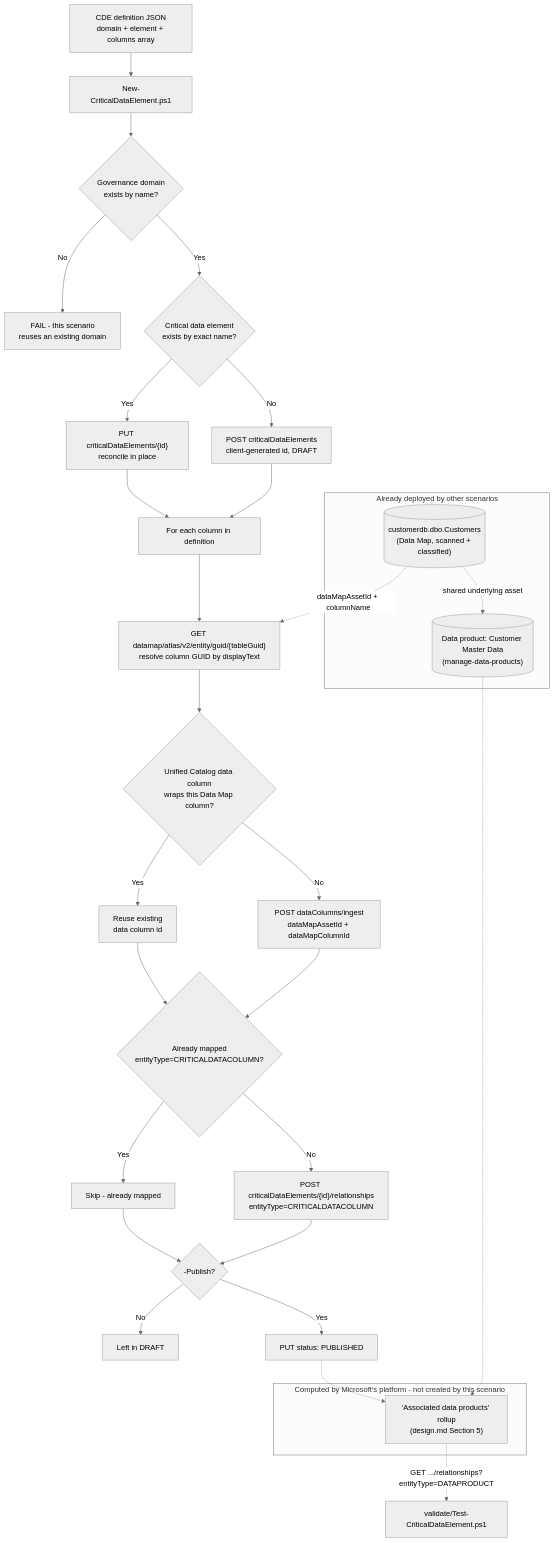
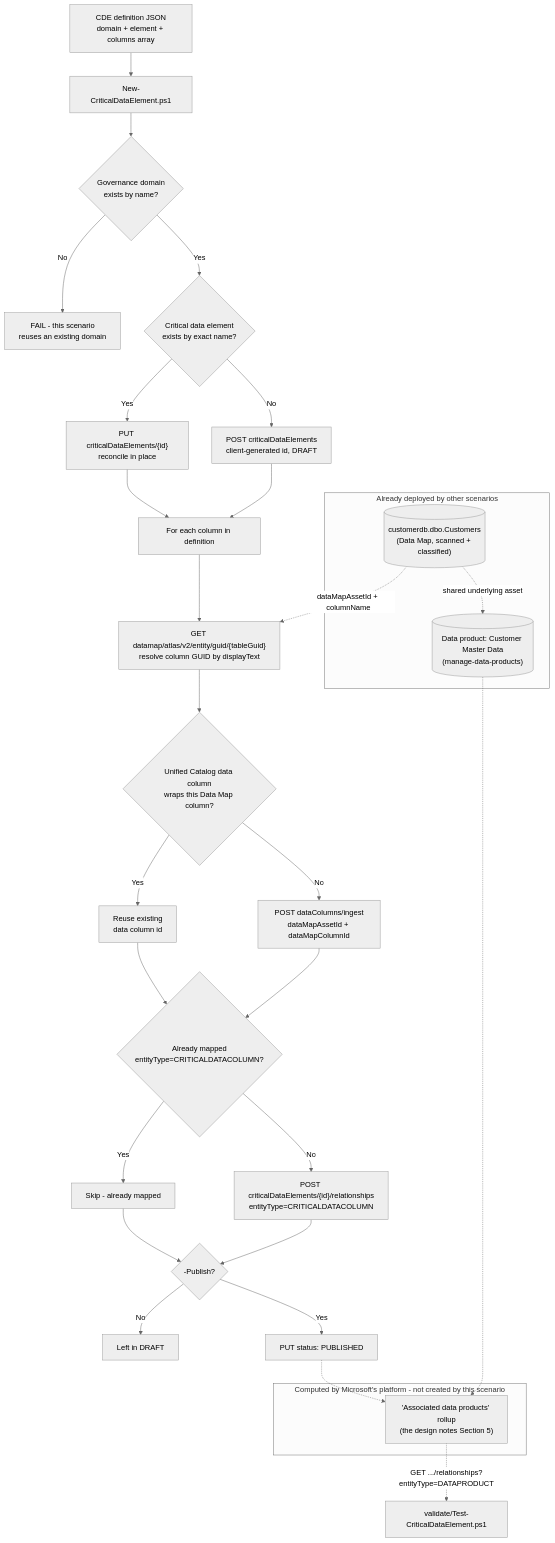
The diagram in src/content/scenarios/unified-catalog/manage-critical-data-elements.md (kpsec1/kpsec1.github.io), drawn with Mermaid (neutral theme) before and after one commit. The commit also changed 269 other files, not shown here.

````diff
--- a/src/content/scenarios/unified-catalog/manage-critical-data-elements.md
+++ b/src/content/scenarios/unified-catalog/manage-critical-data-elements.md
@@ -59,37 +59,37 @@
 ```mermaid
 flowchart TD
     A[CDE definition JSON<br/>domain + element + columns array] --> B[New-CriticalDataElement.ps1]
     B --> C{Governance domain<br/>exists by name?}
     C -- No --> X[FAIL - this scenario<br/>reuses an existing domain]
     C -- Yes --> D{Critical data element<br/>exists by exact name?}
     D -- No --> E["POST criticalDataElements<br/>client-generated id, DRAFT"]
     D -- Yes --> F["PUT criticalDataElements/{id}<br/>reconcile in place"]
     E --> G
     F --> G[For each column in definition]
     G --> H["GET datamap/atlas/v2/entity/guid/{tableGuid}<br/>resolve column GUID by displayText"]
     H --> I{Unified Catalog data column<br/>wraps this Data Map column?}
     I -- No --> J["POST dataColumns/ingest<br/>dataMapAssetId + dataMapColumnId"]
     I -- Yes --> K[Reuse existing<br/>data column id]
     J --> L
     K --> L{Already mapped<br/>entityType=CRITICALDATACOLUMN?}
     L -- No --> M["POST criticalDataElements/{id}/relationships<br/>entityType=CRITICALDATACOLUMN"]
     L -- Yes --> N[Skip - already mapped]
     M --> O{-Publish?}
     N --> O
     O -- No --> P[Left in DRAFT]
     O -- Yes --> Q["PUT status: PUBLISHED"]
 
     subgraph Upstream["Already deployed by other scenarios"]
         SQL[("customerdb.dbo.Customers<br/>(Data Map, scanned + classified)")]
         DP[("Data product: Customer Master Data<br/>(manage-data-products)")]
     end
     SQL -.->|dataMapAssetId + columnName| H
     SQL -.->|shared underlying asset| DP
 
     subgraph Observed["Computed by Microsoft's platform - not created by this scenario"]
-        R["'Associated data products' rollup<br/>(design.md Section 5)"]
+        R["'Associated data products' rollup<br/>(the design notes Section 5)"]
     end
     DP -.-> R
     Q -.-> R
     R -.->|GET .../relationships?entityType=DATAPRODUCT| V[validate/Test-CriticalDataElement.ps1]
 ```
````
